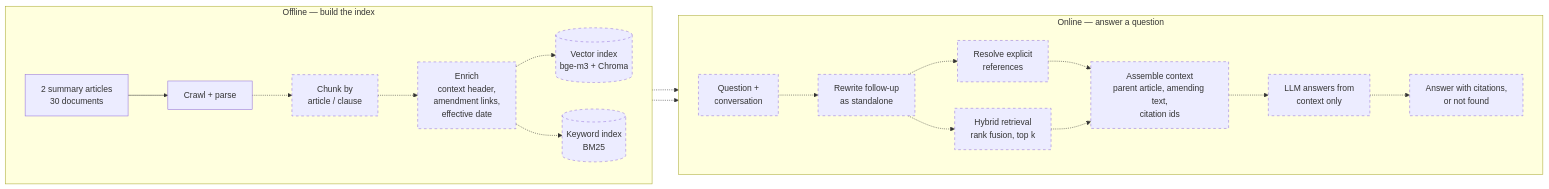
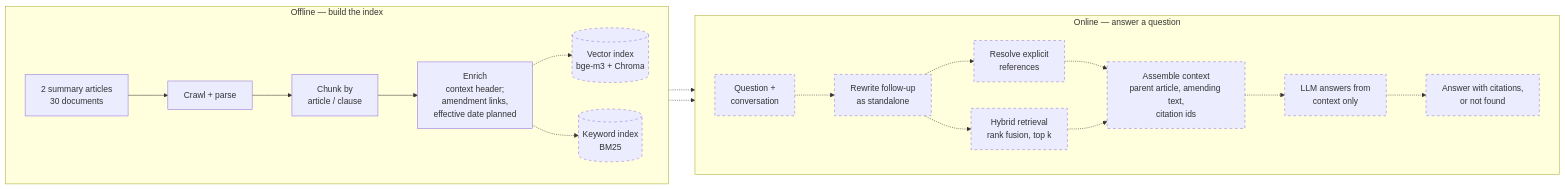
The diagram in README.md (HieuQuang4438/vn-tax-law-rag), drawn with Mermaid before and after one commit. The commit also changed other lines of this file and 8 other files, not shown here.

First line of the commit message:
feat: add a context header to every chunk

````diff
--- a/README.md
+++ b/README.md
@@ -27,26 +27,26 @@
 ```mermaid
 flowchart LR
     subgraph offline["Offline — build the index"]
         direction LR
         src[2 summary articles<br/>30 documents] --> crawl[Crawl + parse]
-        crawl -.-> chunk[Chunk by<br/>article / clause]
-        chunk -.-> enrich[Enrich<br/>context header,<br/>amendment links,<br/>effective date]
+        crawl --> chunk[Chunk by<br/>article / clause]
+        chunk --> enrich[Enrich<br/>context header;<br/>amendment links,<br/>effective date planned]
         enrich -.-> vec[(Vector index<br/>bge-m3 + Chroma)]
         enrich -.-> kw[(Keyword index<br/>BM25)]
     end
     subgraph online["Online — answer a question"]
         direction LR
         q[Question +<br/>conversation] -.-> rw[Rewrite follow-up<br/>as standalone]
         rw -.-> ref[Resolve explicit<br/>references]
         rw -.-> hyb[Hybrid retrieval<br/>rank fusion, top k]
         ref -.-> aug[Assemble context<br/>parent article, amending text,<br/>citation ids]
         hyb -.-> aug
         aug -.-> llm[LLM answers from<br/>context only]
         llm -.-> out[Answer with citations,<br/>or not found]
     end
     vec -.-> hyb
     kw -.-> hyb
 
     classDef planned stroke-dasharray: 5 5
-    class chunk,enrich,vec,kw,q,rw,ref,hyb,aug,llm,out planned
+    class vec,kw,q,rw,ref,hyb,aug,llm,out planned
 ```
````
